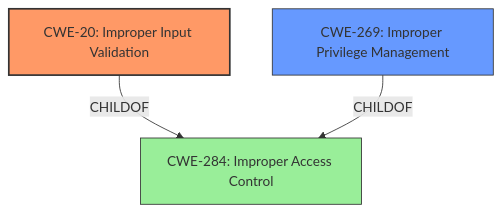
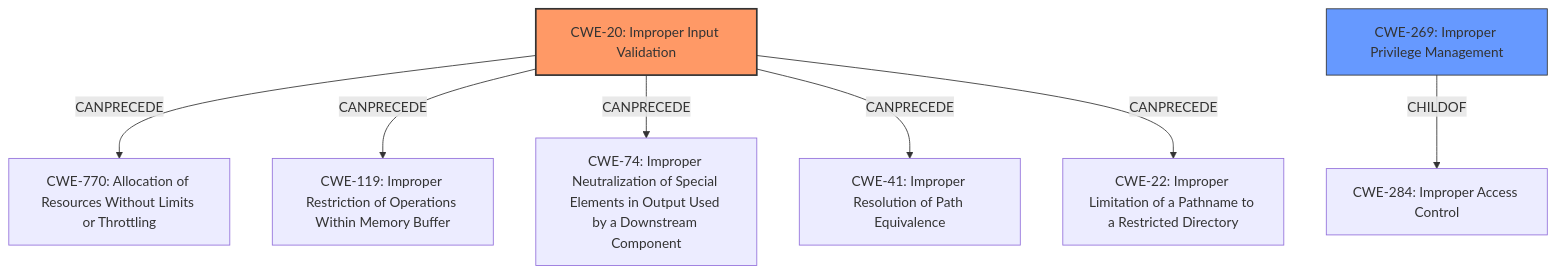
The diagram in CVE-2021-36742/CVE-2021-36742_analysis.md (CyberSecAI/cwe_agent_assign_reports_2023), drawn with Mermaid before and after one commit. The commit also changed other lines of this file and 902 other files, not shown here.

````diff
--- a/CVE-2021-36742/CVE-2021-36742_analysis.md
+++ b/CVE-2021-36742/CVE-2021-36742_analysis.md
@@ -17,16 +17,18 @@
 ```mermaid
 graph TD
     cwe20["CWE-20: Improper Input Validation"]
     cwe269["CWE-269: Improper Privilege Management"]
     cwe284["CWE-284: Improper Access Control"]
-
-    cwe20 -->|CHILDOF| cwe284
+    
     cwe269 -->|CHILDOF| cwe284
-
+    cwe20 -->|CANPRECEDE| cwe770["CWE-770: Allocation of Resources Without Limits or Throttling"];
+    cwe20 -->|CANPRECEDE| cwe119["CWE-119: Improper Restriction of Operations Within Memory Buffer"];
+    cwe20 -->|CANPRECEDE| cwe74["CWE-74: Improper Neutralization of Special Elements in Output Used by a Downstream Component"];
+    cwe20 -->|CANPRECEDE| cwe41["CWE-41: Improper Resolution of Path Equivalence"];
+    cwe20 -->|CANPRECEDE| cwe22["CWE-22: Improper Limitation of a Pathname to a Restricted Directory"];
+    
     classDef primary fill:#f96,stroke:#333,stroke-width:2px
     classDef secondary fill:#69f,stroke:#333
-    classDef tertiary fill:#9e9,stroke:#333
     class cwe20 primary
     class cwe269 secondary
-    class cwe284 tertiary
 ```
````
